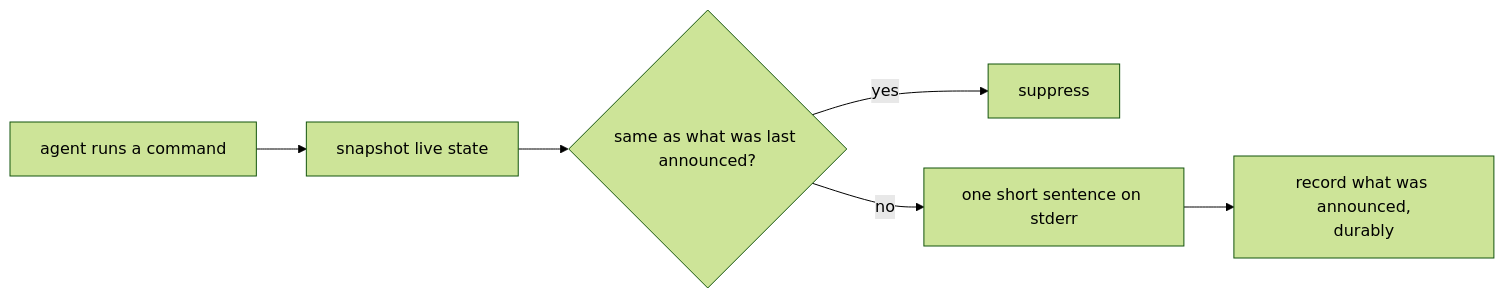
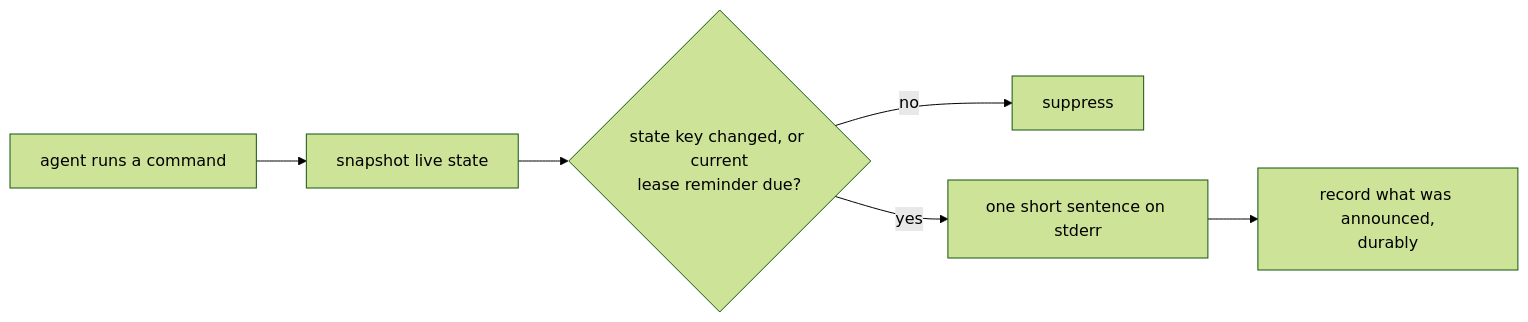
Before and after one commit to infimalabs/spice-rust: the eighth of 11 diagrams in docs/product/planes/session.md, drawn with Mermaid (forest theme). The commit also changed other lines of this file and 120 other files, not shown here.

````diff
--- a/docs/product/planes/session.md
+++ b/docs/product/planes/session.md
@@ -275,8 +307,8 @@
 ```mermaid
 flowchart LR
   C["agent runs a command"] --> S["snapshot live state"]
-  S --> R{"same as what was last announced?"}
-  R -- yes --> Q[suppress]
-  R -- no --> E["one short sentence on stderr"]
+  S --> R{"state key changed, or current<br/>lease reminder due?"}
+  R -- no --> Q[suppress]
+  R -- yes --> E["one short sentence on stderr"]
   E --> W["record what was announced,<br/>durably"]
 ```
````
